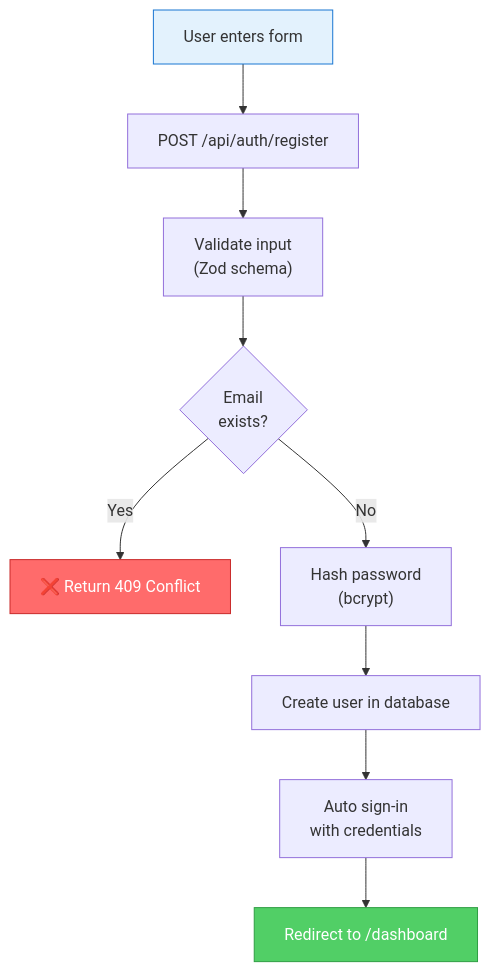
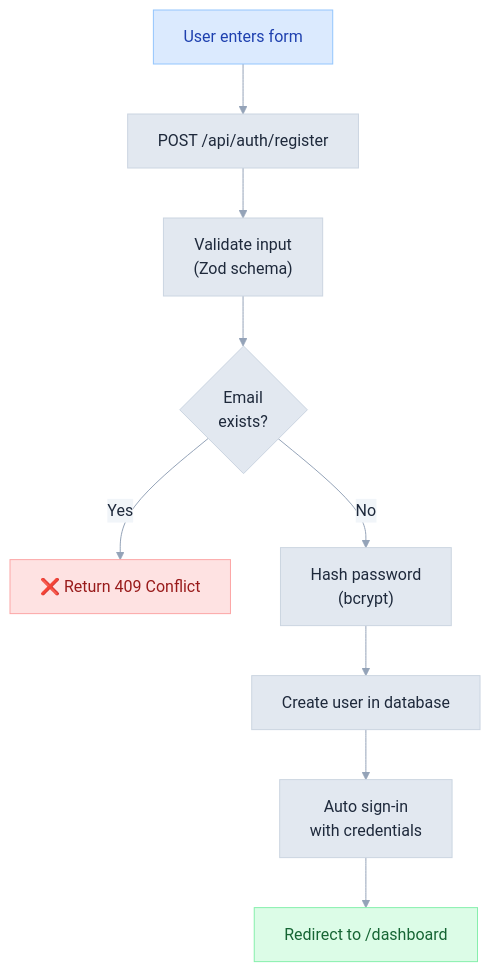
The third of 5 diagrams in doc/authentication-guide.md (3DHDSoft/devmultiplier-academy), drawn with Mermaid before and after one commit. The commit also changed other lines of this file and 19 other files, not shown here.

````diff
--- a/doc/authentication-guide.md
+++ b/doc/authentication-guide.md
@@ -151,15 +171,25 @@
 ```mermaid
-flowchart TD
+%%{init: {'theme': 'base', 'themeVariables': {
+  'primaryColor': '#e2e8f0',
+  'primaryTextColor': '#1e293b',
+  'primaryBorderColor': '#cbd5e1',
+  'lineColor': '#94a3b8',
+  'secondaryColor': '#f1f5f9',
+  'tertiaryColor': '#f8fafc',
+  'background': '#ffffff',
+  'textColor': '#334155',
+  'fontFamily': 'system-ui, -apple-system, sans-serif'
+}}}%%flowchart TD
     A["User enters form"] --> B["POST /api/auth/register"]
     B --> C["Validate input<br/>(Zod schema)"]
     C --> D{"Email<br/>exists?"}
     D -->|Yes| E["❌ Return 409 Conflict"]
     D -->|No| F["Hash password<br/>(bcrypt)"]
     F --> G["Create user in database"]
     G --> H["Auto sign-in<br/>with credentials"]
     H --> I["Redirect to /dashboard"]
 
-    style A fill:#e3f2fd,stroke:#1976d2
-    style I fill:#51cf66,stroke:#2f9e44,color:#fff
-    style E fill:#ff6b6b,stroke:#c92a2a,color:#fff
+    style A fill:#dbeafe,stroke:#93c5fd,color:#1e40af
+    style I fill:#dcfce7,stroke:#86efac,color:#166534
+    style E fill:#fee2e2,stroke:#fca5a5,color:#991b1b
 ```
````
